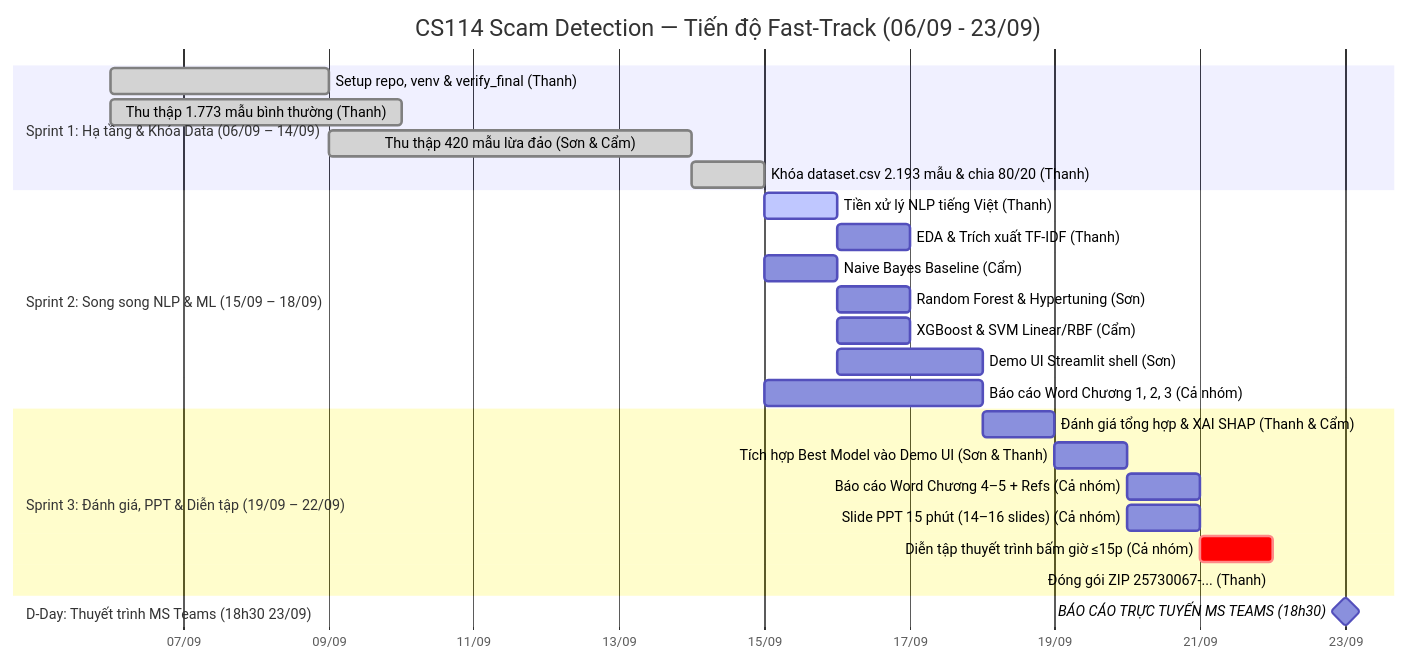
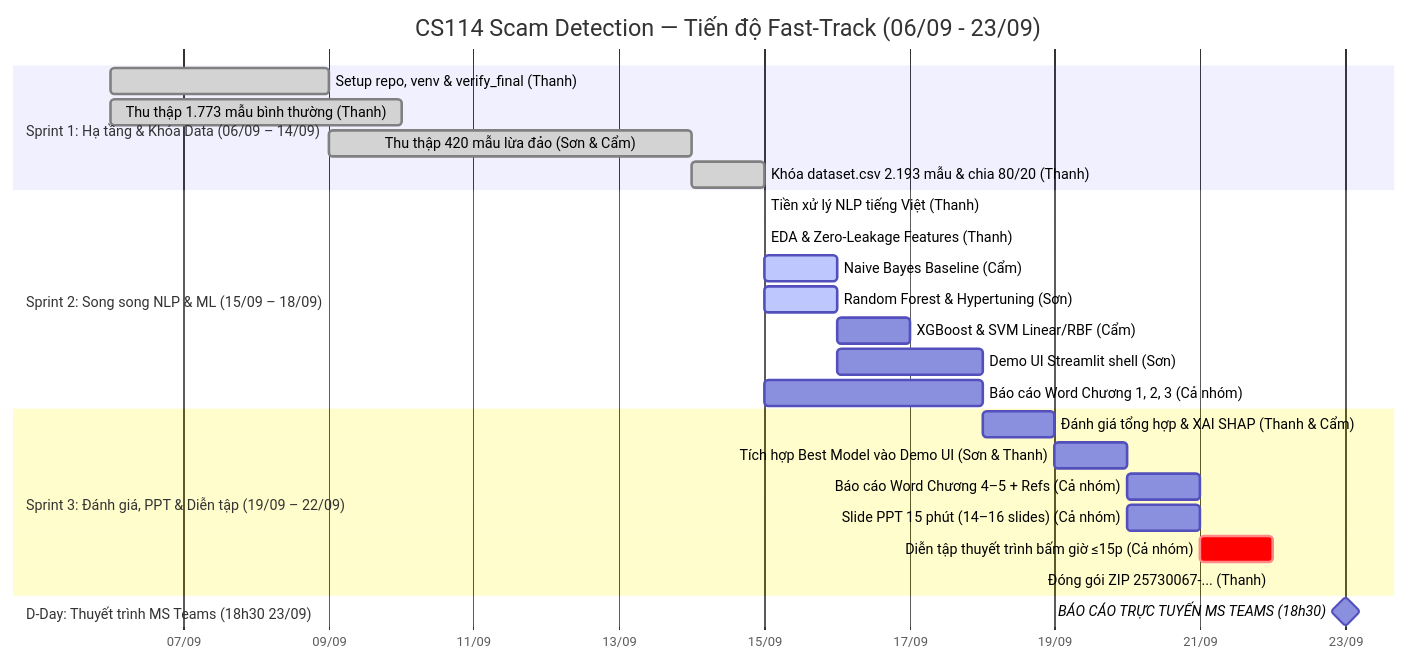
The diagram in draft/scam-detection/docs/project-roadmap.md (uit-25730067-chithanh/CS114-Team10-Elderly-Scam-Detection), drawn with Mermaid before and after one commit. The commit also changed other lines of this file and 17 other files, not shown here.

````diff
--- a/draft/scam-detection/docs/project-roadmap.md
+++ b/draft/scam-detection/docs/project-roadmap.md
@@ -14,33 +14,33 @@
 ```mermaid
 gantt
     title CS114 Scam Detection — Tiến độ Fast-Track (06/09 - 23/09)
     dateFormat  YYYY-MM-DD
     axisFormat  %d/%m
     tickInterval 2d
 
     section Sprint 1: Hạ tầng & Khóa Data (06/09 – 14/09)
     Setup repo, venv & verify_final (Thanh)        :done, s1_1, 2026-09-06, 2026-09-09
     Thu thập 1.773 mẫu bình thường (Thanh)         :done, s1_2, 2026-09-06, 2026-09-10
     Thu thập 420 mẫu lừa đảo (Sơn & Cẩm)           :done, s1_3, 2026-09-09, 2026-09-14
     Khóa dataset.csv 2.193 mẫu & chia 80/20 (Thanh):done, s1_4, 2026-09-14, 2026-09-15
 
     section Sprint 2: Song song NLP & ML (15/09 – 18/09)
-    Tiền xử lý NLP tiếng Việt (Thanh)              :active, s2_1, 2026-09-15, 2026-09-16
-    EDA & Trích xuất TF-IDF (Thanh)                :s2_2, 2026-09-16, 2026-09-17
-    Naive Bayes Baseline (Cẩm)                     :s2_3, 2026-09-15, 2026-09-16
-    Random Forest & Hypertuning (Sơn)              :s2_4, 2026-09-16, 2026-09-17
+    Tiền xử lý NLP tiếng Việt (Thanh)              :done, s2_1, 2026-09-15, 2026-09-15
+    EDA & Zero-Leakage Features (Thanh)            :done, s2_2, 2026-09-15, 2026-09-15
+    Naive Bayes Baseline (Cẩm)                     :active, s2_3, 2026-09-15, 2026-09-16
+    Random Forest & Hypertuning (Sơn)              :active, s2_4, 2026-09-15, 2026-09-16
     XGBoost & SVM Linear/RBF (Cẩm)                 :s2_5, 2026-09-16, 2026-09-17
     Demo UI Streamlit shell (Sơn)                  :s2_6, 2026-09-16, 2026-09-18
     Báo cáo Word Chương 1, 2, 3 (Cả nhóm)          :s2_7, 2026-09-15, 2026-09-18
 
     section Sprint 3: Đánh giá, PPT & Diễn tập (19/09 – 22/09)
     Đánh giá tổng hợp & XAI SHAP (Thanh & Cẩm)     :s3_1, 2026-09-18, 2026-09-19
     Tích hợp Best Model vào Demo UI (Sơn & Thanh)  :s3_2, 2026-09-19, 2026-09-20
     Báo cáo Word Chương 4–5 + Refs (Cả nhóm)       :s3_3, 2026-09-20, 2026-09-21
     Slide PPT 15 phút (14–16 slides) (Cả nhóm)     :s3_4, 2026-09-20, 2026-09-21
     Diễn tập thuyết trình bấm giờ ≤15p (Cả nhóm)   :crit, s3_5, 2026-09-21, 2026-09-22
     Đóng gói ZIP 25730067-... (Thanh)              :s3_6, 2026-09-22, 2026-09-22
 
     section D-Day: Thuyết trình MS Teams (18h30 23/09)
     BÁO CÁO TRỰC TUYẾN MS TEAMS (18h30)            :milestone, s3_7, 2026-09-23, 0d
 ```
````
